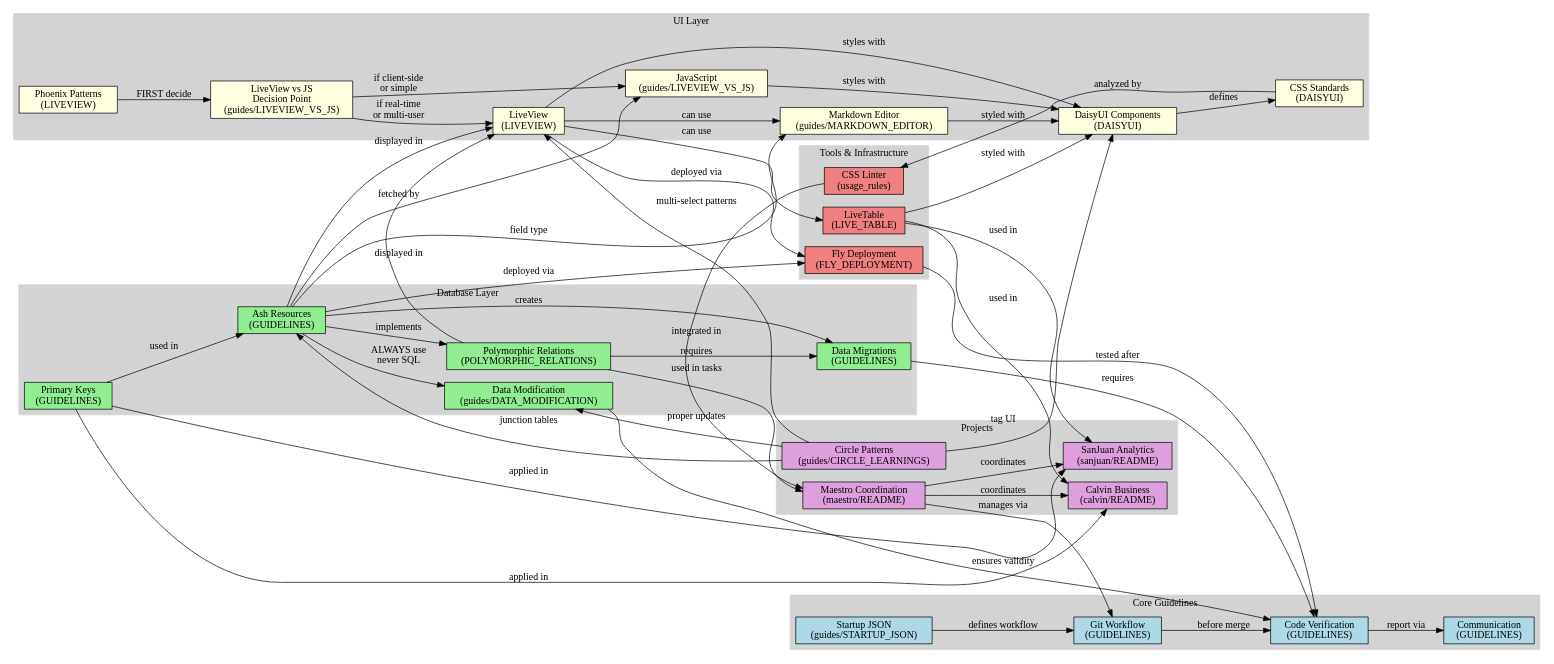
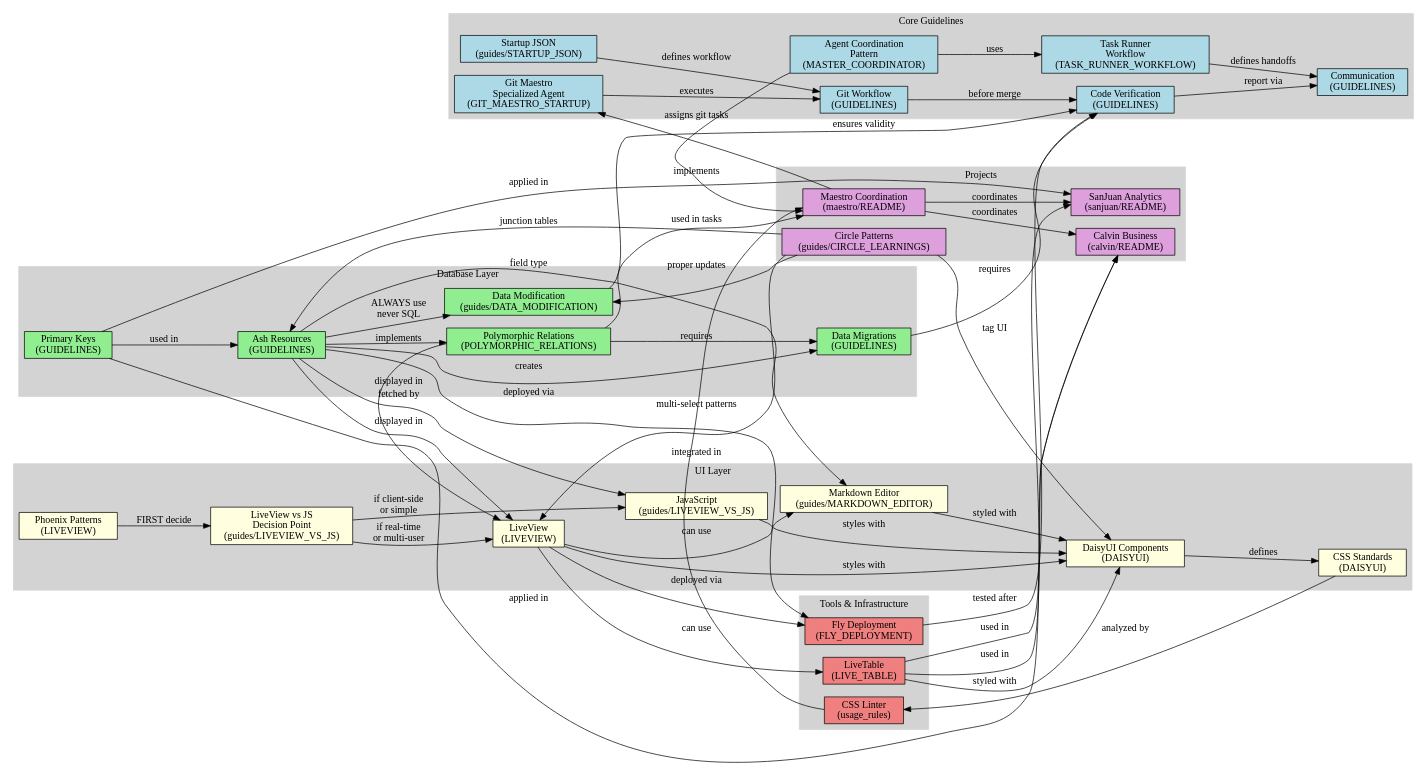
Before and after one commit to vintrepid/maestro: the diagram in CONCEPT_DAG.dot, drawn with Graphviz. The commit also changed 1 other file, not shown here.

Commit message:
Update concept map with Git Maestro and coordination patterns
- Added Git Maestro specialized agent node
- Added Task Runner workflow node
- Added Agent Coordination pattern node
- Updated relationships to show Git Maestro assignment flow
- Regenerated SVG from updated DOT file

```diff
--- a/CONCEPT_DAG.dot
+++ b/CONCEPT_DAG.dot
@@ -1,141 +1,148 @@
 digraph GuidelineConcepts {
   rankdir=LR;
   node [shape=box, style=filled];
   
   // Core concepts
   node [fillcolor=lightblue];
   git [label="Git Workflow\n(GUIDELINES)"];
+  git_maestro [label="Git Maestro\nSpecialized Agent\n(GIT_MAESTRO_STARTUP)"];
   verification [label="Code Verification\n(GUIDELINES)"];
   communication [label="Communication\n(GUIDELINES)"];
   startup_json [label="Startup JSON\n(guides/STARTUP_JSON)"];
+  task_runner [label="Task Runner\nWorkflow\n(TASK_RUNNER_WORKFLOW)"];
+  coordination [label="Agent Coordination\nPattern\n(MASTER_COORDINATOR)"];
   
   // Database concepts
   node [fillcolor=lightgreen];
   db_pk [label="Primary Keys\n(GUIDELINES)"];
   ash_resource [label="Ash Resources\n(GUIDELINES)"];
   poly_relations [label="Polymorphic Relations\n(POLYMORPHIC_RELATIONS)"];
   migrations [label="Data Migrations\n(GUIDELINES)"];
   data_modification [label="Data Modification\n(guides/DATA_MODIFICATION)"];
   
   // UI/Frontend concepts
   node [fillcolor=lightyellow];
   phoenix [label="Phoenix Patterns\n(LIVEVIEW)"];
   ui_decision [label="LiveView vs JS\nDecision Point\n(guides/LIVEVIEW_VS_JS)"];
   liveview [label="LiveView\n(LIVEVIEW)"];
   javascript [label="JavaScript\n(guides/LIVEVIEW_VS_JS)"];
   daisyui [label="DaisyUI Components\n(DAISYUI)"];
   css [label="CSS Standards\n(DAISYUI)"];
   markdown_editor [label="Markdown Editor\n(guides/MARKDOWN_EDITOR)"];
   
   // Tools
   node [fillcolor=lightcoral];
   css_linter [label="CSS Linter\n(usage_rules)"];
   live_table [label="LiveTable\n(LIVE_TABLE)"];
   fly [label="Fly Deployment\n(FLY_DEPLOYMENT)"];
   
   // Project-specific
   node [fillcolor=plum];
   calvin_domain [label="Calvin Business\n(calvin/README)"];
   sanjuan_domain [label="SanJuan Analytics\n(sanjuan/README)"];
   maestro_coord [label="Maestro Coordination\n(maestro/README)"];
   circle_learnings [label="Circle Patterns\n(guides/CIRCLE_LEARNINGS)"];
   
   // Database flow
   db_pk -> ash_resource [label="used in"];
   ash_resource -> poly_relations [label="implements"];
   ash_resource -> migrations [label="creates"];
   ash_resource -> data_modification [label="ALWAYS use\nnever SQL"];
   poly_relations -> migrations [label="requires"];
   migrations -> verification [label="requires"];
   data_modification -> verification [label="ensures validity"];
   
   // UI decision flow
   phoenix -> ui_decision [label="FIRST decide"];
   ui_decision -> liveview [label="if real-time\nor multi-user"];
   ui_decision -> javascript [label="if client-side\nor simple"];
   
   // UI flow
   liveview -> daisyui [label="styles with"];
   javascript -> daisyui [label="styles with"];
   daisyui -> css [label="defines"];
   css -> css_linter [label="analyzed by"];
   
   // Markdown Editor
   liveview -> markdown_editor [label="can use"];
   ash_resource -> markdown_editor [label="field type"];
   markdown_editor -> daisyui [label="styled with"];
   
   // LiveView patterns
   liveview -> live_table [label="can use"];
   live_table -> daisyui [label="styled with"];
   
   // Development flow
   git -> verification [label="before merge"];
   verification -> communication [label="report via"];
   startup_json -> git [label="defines workflow"];
   
   // Database & UI intersection
   ash_resource -> liveview [label="displayed in"];
   ash_resource -> javascript [label="fetched by"];
   poly_relations -> liveview [label="displayed in"];
   db_pk -> calvin_domain [label="applied in"];
   db_pk -> sanjuan_domain [label="applied in"];
   poly_relations -> maestro_coord [label="used in tasks"];
   
   // Circle Learnings
   circle_learnings -> liveview [label="multi-select patterns"];
   circle_learnings -> daisyui [label="tag UI"];
   circle_learnings -> ash_resource [label="junction tables"];
   circle_learnings -> data_modification [label="proper updates"];
   
   // Project coordination
   maestro_coord -> calvin_domain [label="coordinates"];
   maestro_coord -> sanjuan_domain [label="coordinates"];
-  maestro_coord -> git [label="manages via"];
+  maestro_coord -> git_maestro [label="assigns git tasks"];
+  git_maestro -> git [label="executes"];
+  coordination -> maestro_coord [label="implements"];
+  coordination -> task_runner [label="uses"];
+  task_runner -> communication [label="defines handoffs"];
   
   // Tools & Concepts
   css_linter -> maestro_coord [label="integrated in"];
   live_table -> sanjuan_domain [label="used in"];
   live_table -> calvin_domain [label="used in"];
   
   // Deployment
   liveview -> fly [label="deployed via"];
   ash_resource -> fly [label="deployed via"];
   fly -> verification [label="tested after"];
   
   // Organization clusters
   subgraph cluster_core {
     label="Core Guidelines";
     style=filled;
     color=lightgrey;
-    git; verification; communication; startup_json;
+    git; git_maestro; verification; communication; startup_json; task_runner; coordination;
   }
   
   subgraph cluster_data {
     label="Database Layer";
     style=filled;
     color=lightgrey;
     db_pk; ash_resource; poly_relations; migrations; data_modification;
   }
   
   subgraph cluster_ui {
     label="UI Layer";
     style=filled;
     color=lightgrey;
     phoenix; ui_decision; liveview; javascript; daisyui; css; markdown_editor;
   }
   
   subgraph cluster_tools {
     label="Tools & Infrastructure";
     style=filled;
     color=lightgrey;
     css_linter; live_table; fly;
   }
   
   subgraph cluster_projects {
     label="Projects";
     style=filled;
     color=lightgrey;
     calvin_domain; sanjuan_domain; maestro_coord; circle_learnings;
   }
 }
```
